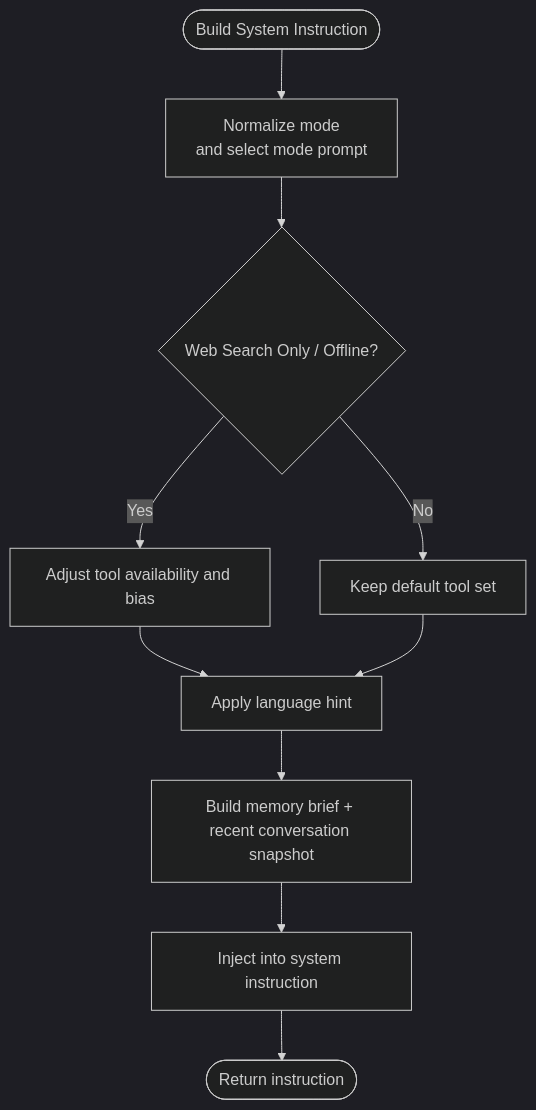
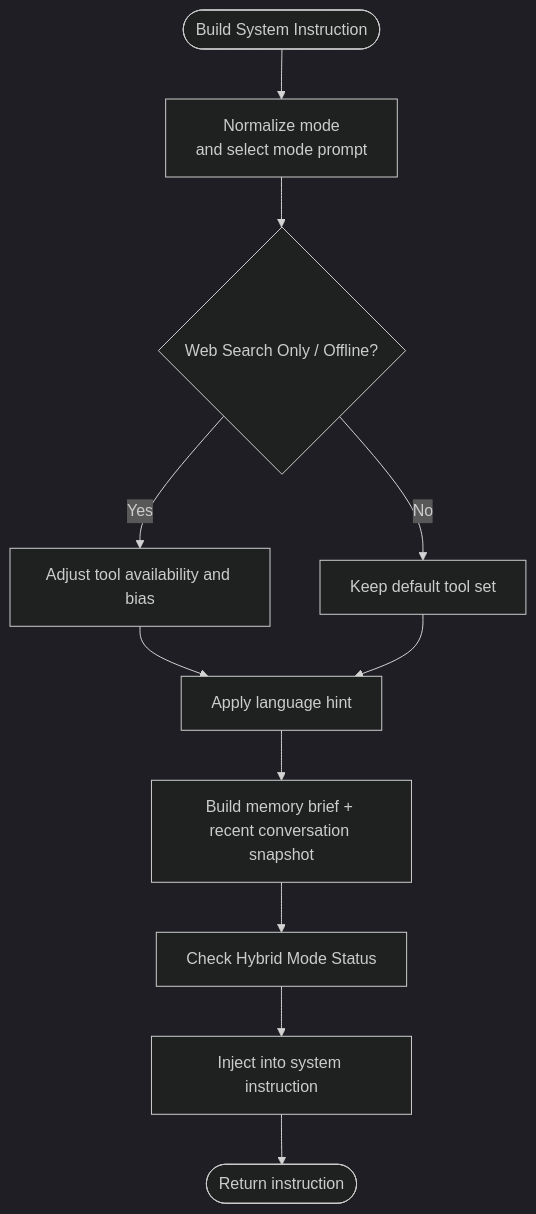
The fourth of 9 diagrams in .qoder/repowiki/en/content/Backend Components/AI Assistant Engine/AI Assistant Engine.md (Sovetsky-Soyuz/AI-Assistant), drawn with Mermaid (dark theme) before and after one commit. The commit also changed other lines of this file and 10 other files, not shown here.

````diff
--- a/.qoder/repowiki/en/content/Backend Components/AI Assistant Engine/AI Assistant Engine.md
+++ b/.qoder/repowiki/en/content/Backend Components/AI Assistant Engine/AI Assistant Engine.md
@@ -157,12 +203,13 @@
 ```mermaid
 flowchart TD
 Start(["Build System Instruction"]) --> Mode["Normalize mode<br/>and select mode prompt"]
 Mode --> SearchMode{"Web Search Only / Offline?"}
 SearchMode --> |Yes| Bias["Adjust tool availability and bias"]
 SearchMode --> |No| Keep["Keep default tool set"]
 Bias --> Lang["Apply language hint"]
 Keep --> Lang
 Lang --> Snapshot["Build memory brief + recent conversation snapshot"]
-Snapshot --> Inject["Inject into system instruction"]
+Snapshot --> Hybrid["Check Hybrid Mode Status"]
+Hybrid --> Inject["Inject into system instruction"]
 Inject --> End(["Return instruction"])
 ```
````
